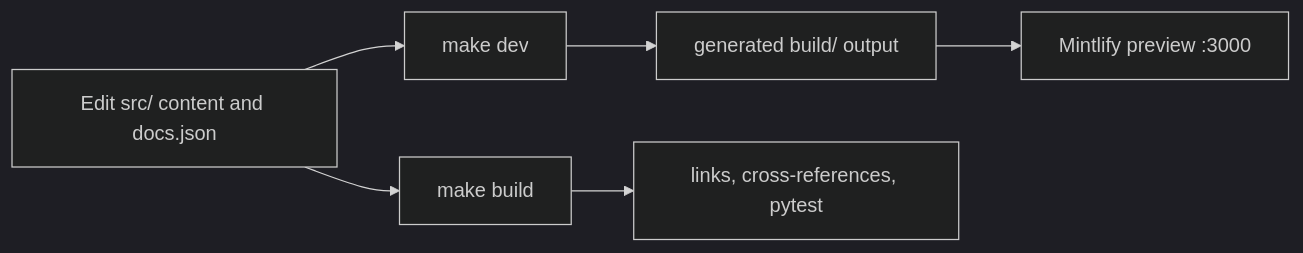
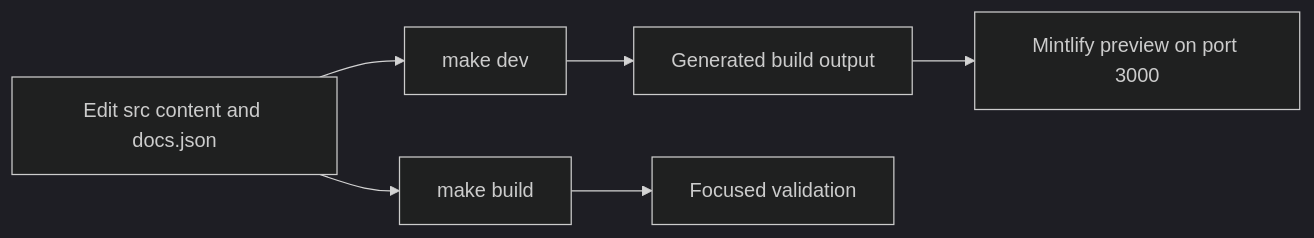
One commit to langchain-ai/docs changed the diagram in openwiki/quickstart.md. Above: the diagram before and after it, drawn with Mermaid (dark theme). The commit also changed other lines of this file and 43 other files, not shown here.

````diff
--- a/openwiki/quickstart.md
+++ b/openwiki/quickstart.md
@@ -51,8 +50,8 @@
 ```mermaid
 flowchart LR
-  Source["Edit src/ content and docs.json"] --> Dev["make dev"]
-  Dev --> Generated["generated build/ output"]
-  Generated --> Preview["Mintlify preview :3000"]
+  Source["Edit src content and docs.json"] --> Dev["make dev"]
+  Dev --> Generated["Generated build output"]
+  Generated --> Preview["Mintlify preview on port 3000"]
   Source --> Build["make build"]
-  Build --> Checks["links, cross-references, pytest"]
+  Build --> Checks["Focused validation"]
 ```
````
